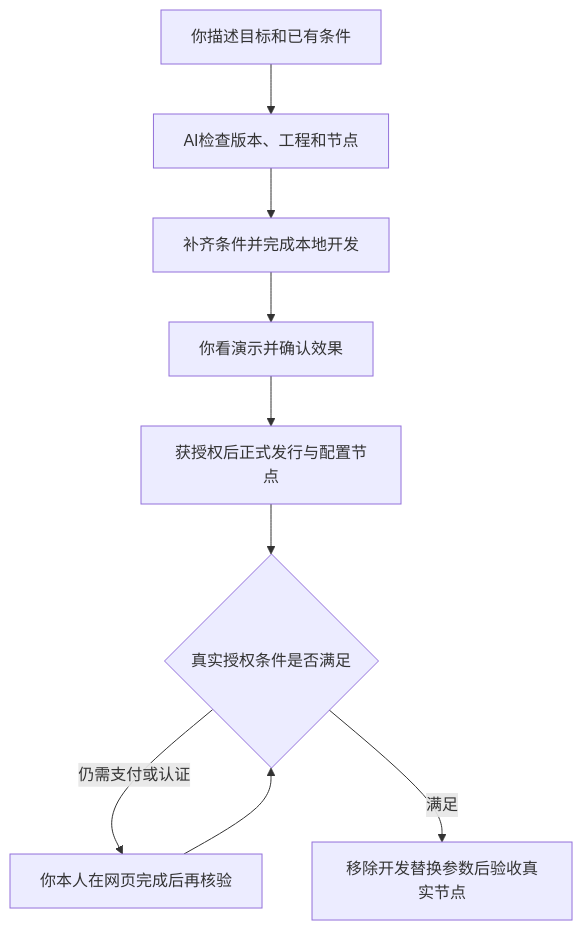
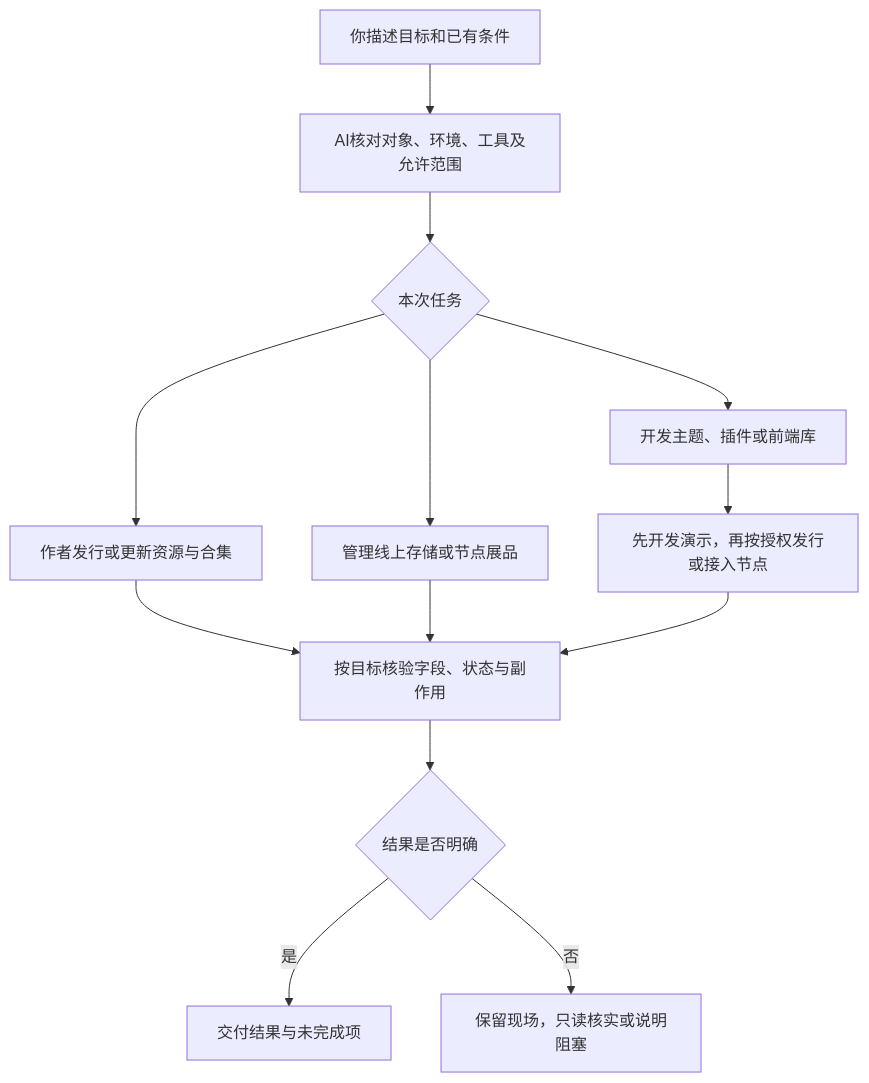
Before and after one commit to freelogfe/freelog-runtime: the diagram in docs-new/site/start.md, drawn with Mermaid. The commit also changed other lines of this file and 15 other files, not shown here.

````diff
--- a/docs-new/site/start.md
+++ b/docs-new/site/start.md
@@ -5,11 +5,15 @@
 ```mermaid
 flowchart TD
-  A[你描述目标和已有条件] --> B[AI检查版本、工程和节点]
-  B --> C[补齐条件并完成本地开发]
-  C --> D[你看演示并确认效果]
-  D --> E[获授权后正式发行与配置节点]
-  E --> F{真实授权条件是否满足}
-  F -->|仍需支付或认证| G[你本人在网页完成后再核验]
-  G --> F
-  F -->|满足| H[移除开发替换参数后验收真实节点]
+  A[你描述目标和已有条件] --> B[AI核对对象、环境、工具及允许范围]
+  B --> C{本次任务}
+  C --> D[作者发行或更新资源与合集]
+  C --> E[管理线上存储或节点展品]
+  C --> F[开发主题、插件或前端库]
+  F --> G[先开发演示，再按授权发行或接入节点]
+  D --> H[按目标核验字段、状态与副作用]
+  E --> H
+  G --> H
+  H --> I{结果是否明确}
+  I -->|是| J[交付结果与未完成项]
+  I -->|否| K[保留现场，只读核实或说明阻塞]
 ```
````
